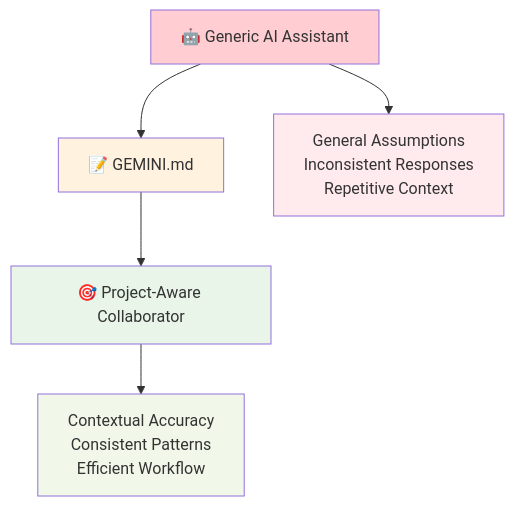
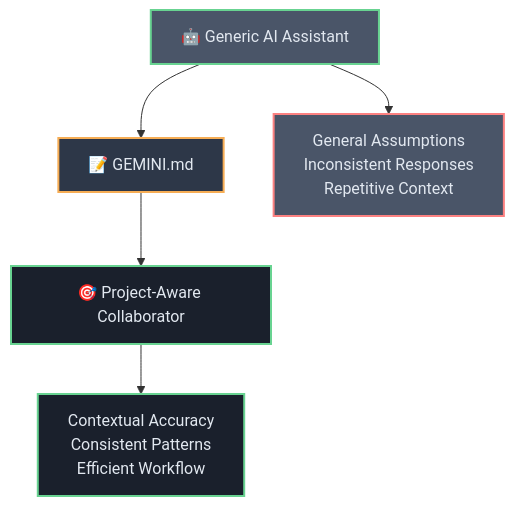
Before and after one commit to josemlopez/gemini_md_tutorial: the first of 8 diagrams in README.md, drawn with Mermaid. The commit also changed other lines of this file, not shown here.

````diff
--- a/README.md
+++ b/README.md
@@ -5,15 +5,15 @@
 ```mermaid
 graph TB
     A[🤖 Generic AI Assistant] --> B[📝 GEMINI.md]
     B --> C[🎯 Project-Aware Collaborator]
     
     A --> D[General Assumptions<br/>Inconsistent Responses<br/>Repetitive Context]
     
     C --> E[Contextual Accuracy<br/>Consistent Patterns<br/>Efficient Workflow]
     
-    style A fill:#ffcdd2
-    style B fill:#fff3e0
-    style C fill:#e8f5e8
-    style D fill:#ffebee
-    style E fill:#f1f8e9
+    style A fill:#4a5568,stroke:#68d391,stroke-width:2px,color:#e2e8f0
+    style B fill:#2d3748,stroke:#f6ad55,stroke-width:2px,color:#e2e8f0
+    style C fill:#1a202c,stroke:#68d391,stroke-width:2px,color:#e2e8f0
+    style D fill:#4a5568,stroke:#fc8181,stroke-width:2px,color:#e2e8f0
+    style E fill:#1a202c,stroke:#68d391,stroke-width:2px,color:#e2e8f0
 ```
````
